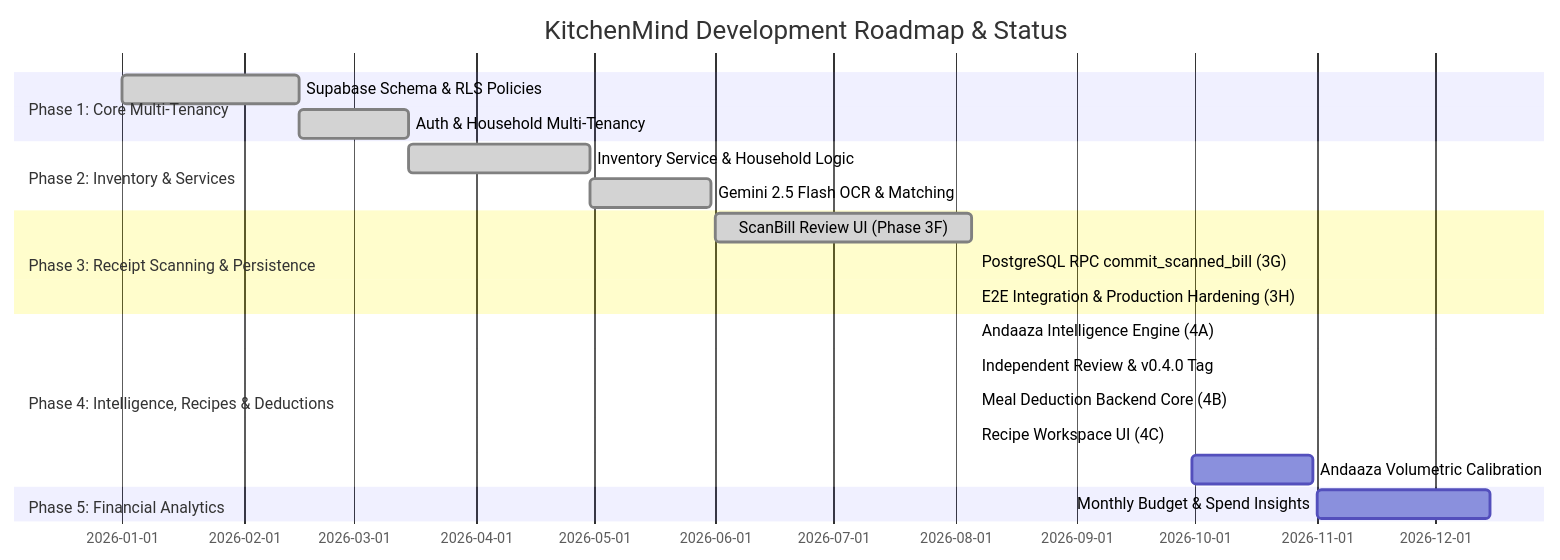
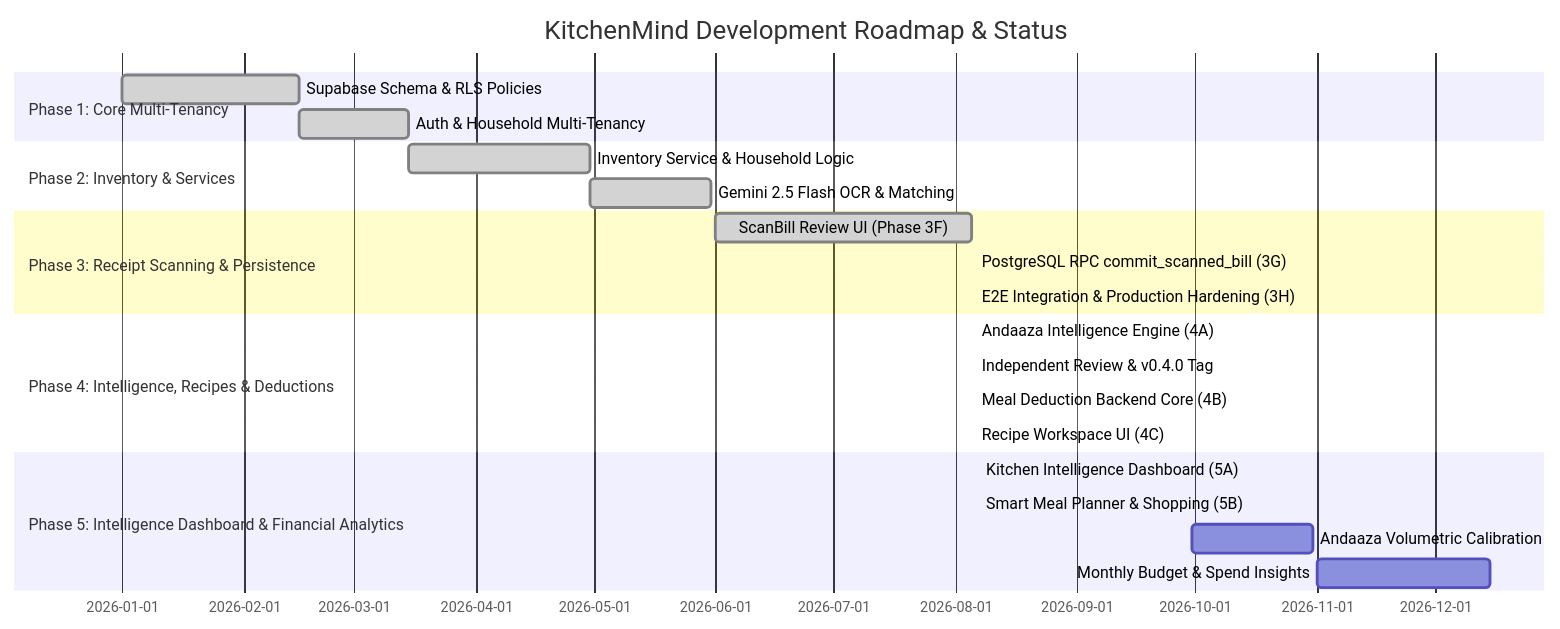
Before and after one commit to keshavaibuilder/kitchenmind: the diagram in documentation/19_IMPLEMENTATION_STATUS_AND_ROADMAP.md, drawn with Mermaid. The commit also changed other lines of this file and 64 other files, not shown here.

````diff
--- a/documentation/19_IMPLEMENTATION_STATUS_AND_ROADMAP.md
+++ b/documentation/19_IMPLEMENTATION_STATUS_AND_ROADMAP.md
@@ -9,23 +9,25 @@
 ```mermaid
 gantt
     title KitchenMind Development Roadmap & Status
     dateFormat  YYYY-MM-DD
     section Phase 1: Core Multi-Tenancy
     Supabase Schema & RLS Policies      :done,    p1, 2026-01-01, 2026-02-15
     Auth & Household Multi-Tenancy     :done,    p2, 2026-02-15, 2026-03-15
     section Phase 2: Inventory & Services
     Inventory Service & Household Logic:done,    p3, 2026-03-15, 2026-04-30
     Gemini 2.5 Flash OCR & Matching    :done,    p4, 2026-04-30, 2026-05-31
     section Phase 3: Receipt Scanning & Persistence
     ScanBill Review UI (Phase 3F)      :done,    p5, 2026-06-01, 2026-08-05
     PostgreSQL RPC commit_scanned_bill (3G) :done,  p6, 2026-08-06, 2026-08-06
     E2E Integration & Production Hardening (3H):done, p7, 2026-08-06, 2026-08-06
     section Phase 4: Intelligence, Recipes & Deductions
     Andaaza Intelligence Engine (4A)    :done,    p8, 2026-08-06, 2026-08-06
     Independent Review & v0.4.0 Tag     :done,    p8b, 2026-08-06, 2026-08-06
     Meal Deduction Backend Core (4B)    :done,    p9, 2026-08-06, 2026-08-06
     Recipe Workspace UI (4C)            :done,    p9b, 2026-08-06, 2026-08-06
-    Andaaza Volumetric Calibration      :         p10, 2026-09-30, 2026-10-31
-    section Phase 5: Financial Analytics
-    Monthly Budget & Spend Insights     :        p11, 2026-11-01, 2026-12-15
+    section Phase 5: Intelligence Dashboard & Financial Analytics
+    Kitchen Intelligence Dashboard (5A)  :done,    p10, 2026-08-07, 2026-08-07
+    Smart Meal Planner & Shopping (5B)   :done,    p10b, 2026-08-07, 2026-08-07
+    Andaaza Volumetric Calibration      :         p11, 2026-09-30, 2026-10-31
+    Monthly Budget & Spend Insights     :        p12, 2026-11-01, 2026-12-15
 ```
````
